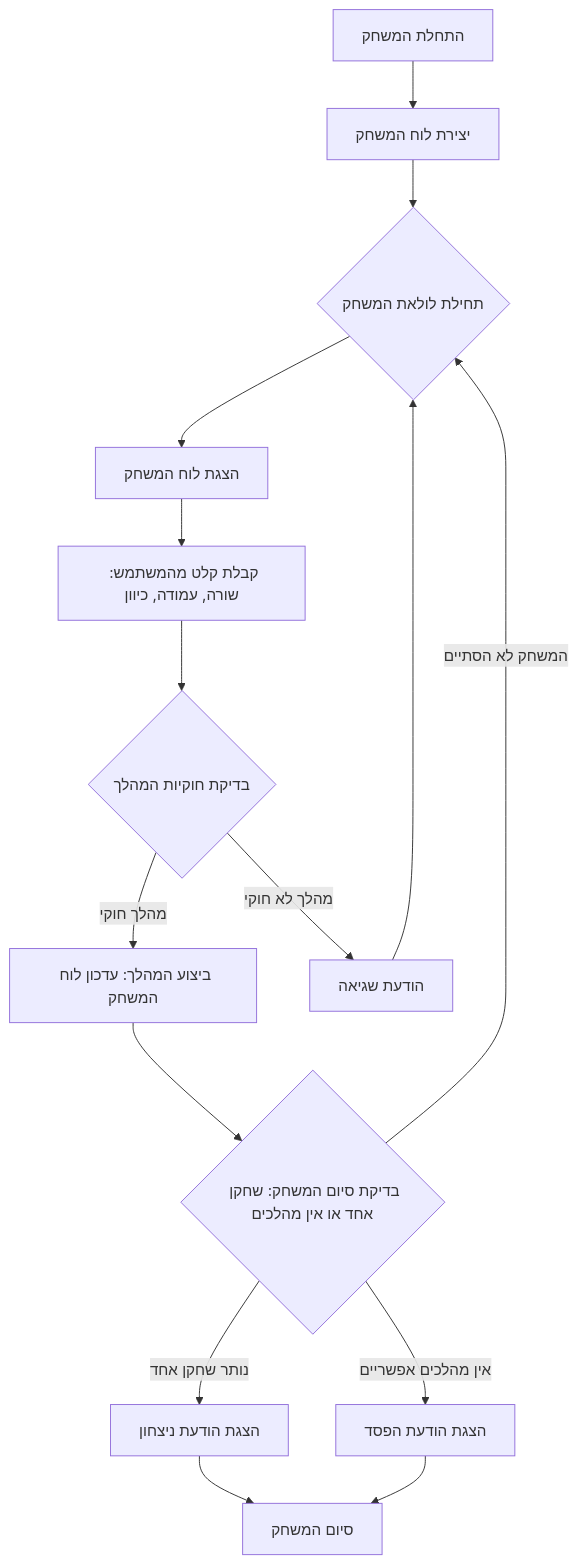
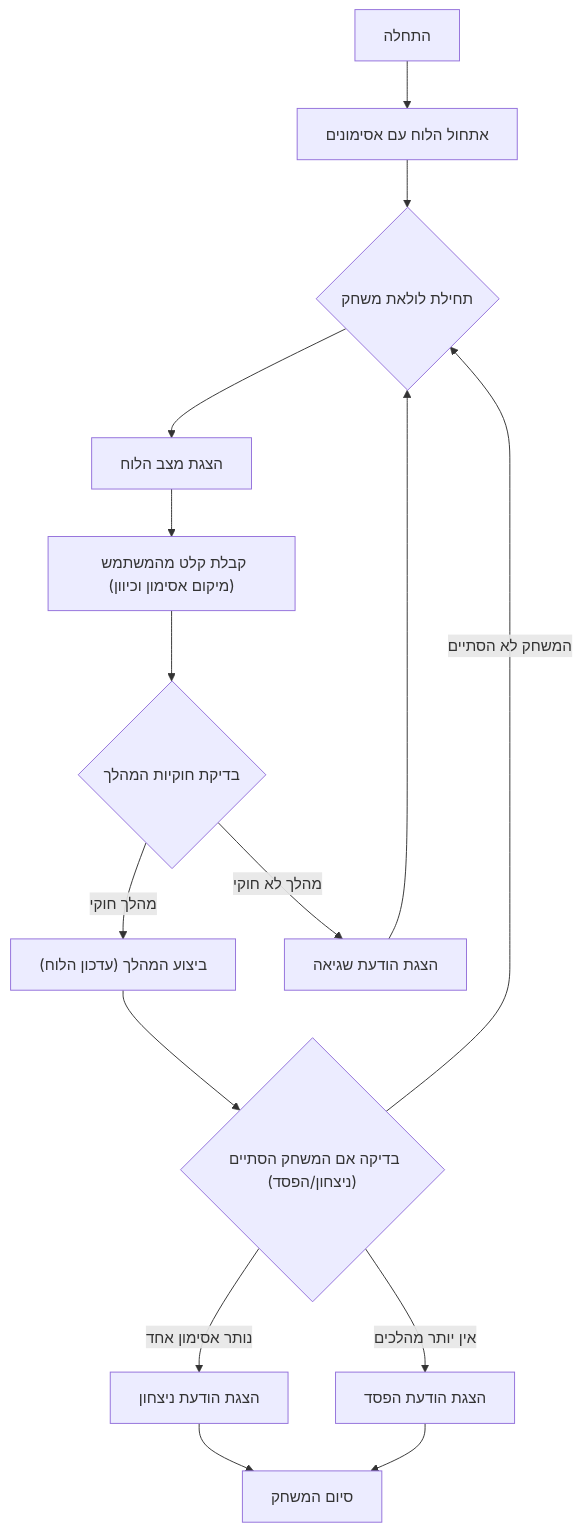
Before and after one commit to hypo69/hypo: the diagram in docs/gemini/he/explainer/src/endpoints/ai_games/101_basic_computer_games/ru/GAMES/HI Q/hi_q.py.md, drawn with Mermaid. The commit also changed other lines of this file and 885 other files, not shown here.

````diff
--- a/docs/gemini/he/explainer/src/endpoints/ai_games/101_basic_computer_games/ru/GAMES/HI Q/hi_q.py.md
+++ b/docs/gemini/he/explainer/src/endpoints/ai_games/101_basic_computer_games/ru/GAMES/HI Q/hi_q.py.md
@@ -64,17 +69,17 @@
 ```mermaid
 flowchart TD
-    Start["התחלת המשחק"] --> InitializeBoard["יצירת לוח המשחק"];
-    InitializeBoard --> GameLoopStart{"תחילת לולאת המשחק"};
-    GameLoopStart --> DisplayBoard["הצגת לוח המשחק"];
-    DisplayBoard --> GetMove["קבלת קלט מהמשתמש: שורה, עמודה, כיוון"];
-    GetMove --> ValidateMove{"בדיקת חוקיות המהלך"};
-    ValidateMove -- "מהלך חוקי" --> MakeMove["ביצוע המהלך: עדכון לוח המשחק"];
-    MakeMove --> CheckEndGame{"בדיקת סיום המשחק: שחקן אחד או אין מהלכים"};
-    ValidateMove -- "מהלך לא חוקי" --> OutputInvalidMove["הודעת שגיאה"];
-    OutputInvalidMove --> GameLoopStart;
-    CheckEndGame -- "המשחק לא הסתיים" --> GameLoopStart;
-    CheckEndGame -- "נותר שחקן אחד" --> OutputWin["הצגת הודעת ניצחון"];
-     OutputWin --> End["סיום המשחק"];
-    CheckEndGame -- "אין מהלכים אפשריים" --> OutputLose["הצגת הודעת הפסד"];
-     OutputLose --> End;
+    Start["התחלה"] --> InitializeBoard["אתחול הלוח עם אסימונים"]
+    InitializeBoard --> GameLoopStart{"תחילת לולאת משחק"}
+    GameLoopStart --> DisplayBoard["הצגת מצב הלוח"]
+    DisplayBoard --> GetMove["קבלת קלט מהמשתמש (מיקום אסימון וכיוון)"]
+    GetMove --> ValidateMove{"בדיקת חוקיות המהלך"}
+    ValidateMove -- "מהלך חוקי" --> MakeMove["ביצוע המהלך (עדכון הלוח)"]
+    MakeMove --> CheckEndGame{"בדיקה אם המשחק הסתיים (ניצחון/הפסד)"}
+    ValidateMove -- "מהלך לא חוקי" --> OutputInvalidMove["הצגת הודעת שגיאה"]
+    OutputInvalidMove --> GameLoopStart
+    CheckEndGame -- "המשחק לא הסתיים" --> GameLoopStart
+    CheckEndGame -- "נותר אסימון אחד" --> OutputWin["הצגת הודעת ניצחון"]
+    OutputWin --> End["סיום המשחק"]
+    CheckEndGame -- "אין יותר מהלכים" --> OutputLose["הצגת הודעת הפסד"]
+    OutputLose --> End
 ```
````
